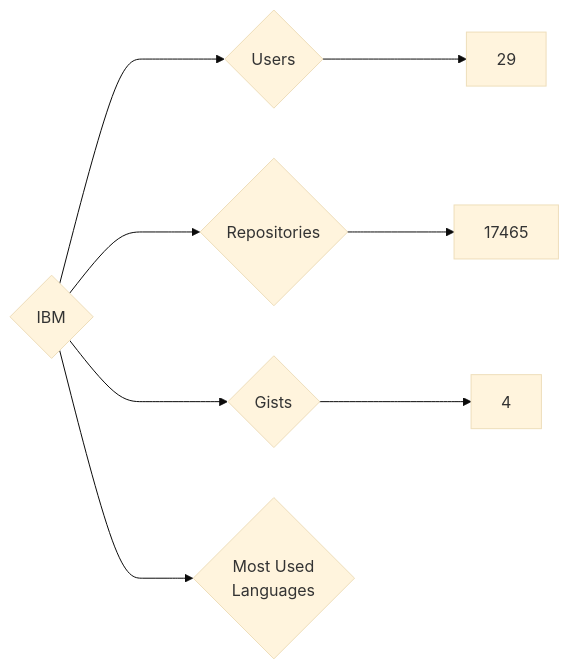
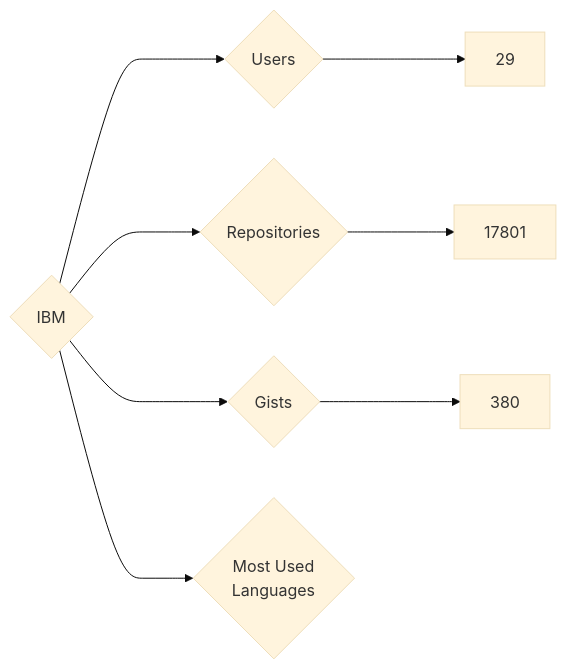
The diagram in targets/IBM/README.md (nenadzaric/insiders), drawn with Mermaid (base theme) before and after one commit. The commit also changed 1342 other files, not shown here.

````diff
--- a/targets/IBM/README.md
+++ b/targets/IBM/README.md
@@ -3,8 +3,8 @@
 ```mermaid
 graph LR
 COMPANY_NAME{IBM}
 COMPANY_NAME ---> U{Users} ---> UN[29]
-COMPANY_NAME ---> R{Repositories} ---> RN[17465]
-COMPANY_NAME ---> G{Gists} ---> GN[4]
+COMPANY_NAME ---> R{Repositories} ---> RN[17801]
+COMPANY_NAME ---> G{Gists} ---> GN[380]
 COMPANY_NAME ---> ML{Most Used<br>Languages}
 ```
````
